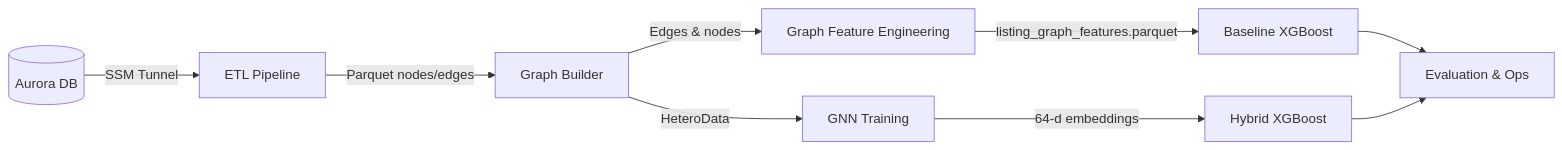
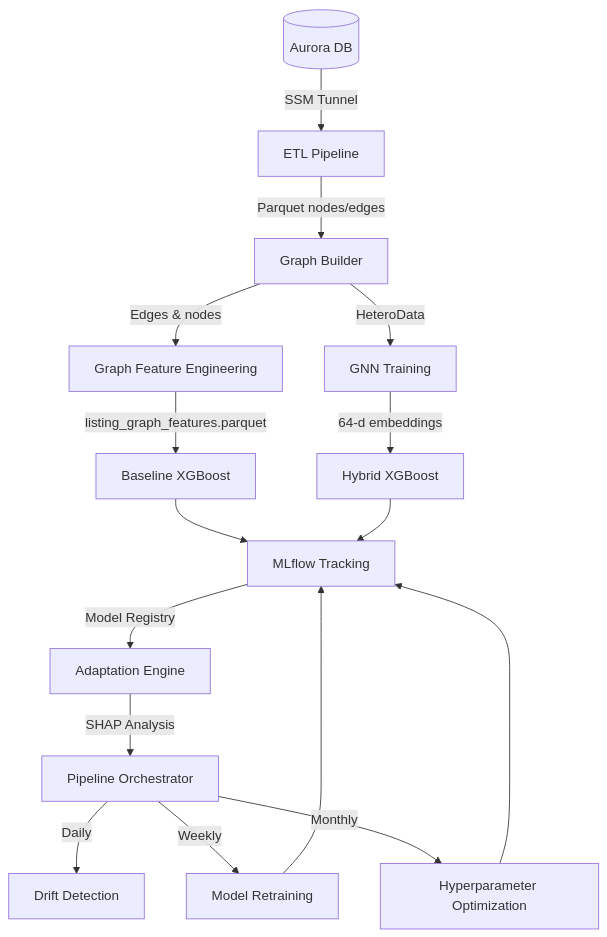
The first of 4 diagrams in docs/architecture_overview.md (dylanngn/ppa-fraud-notebook), drawn with Mermaid before and after one commit. The commit also changed other lines of this file and 2 other files, not shown here.

````diff
--- a/docs/architecture_overview.md
+++ b/docs/architecture_overview.md
@@ -7,14 +7,24 @@
 ```mermaid
-flowchart LR
+flowchart TB
     DB[(Aurora DB)] -->|SSM Tunnel| ETL[ETL Pipeline]
     ETL -->|Parquet nodes/edges| Graph[Graph Builder]
 
     Graph -->|Edges & nodes| GF[Graph Feature Engineering]
     GF -->|listing_graph_features.parquet| XGB_Base[Baseline XGBoost]
 
     Graph -->|HeteroData| GNN[GNN Training]
     GNN -->|64-d embeddings| XGB_Hybrid[Hybrid XGBoost]
 
-    XGB_Base --> Eval[Evaluation & Ops]
-    XGB_Hybrid --> Eval
+    XGB_Base --> MLflow[MLflow Tracking]
+    XGB_Hybrid --> MLflow
+    
+    MLflow -->|Model Registry| Adapt[Adaptation Engine]
+    Adapt -->|SHAP Analysis| Pipeline[Pipeline Orchestrator]
+    
+    Pipeline -->|Daily| Drift[Drift Detection]
+    Pipeline -->|Weekly| Retrain[Model Retraining]
+    Pipeline -->|Monthly| Hyperopt[Hyperparameter Optimization]
+    
+    Retrain --> MLflow
+    Hyperopt --> MLflow
 ```
````
